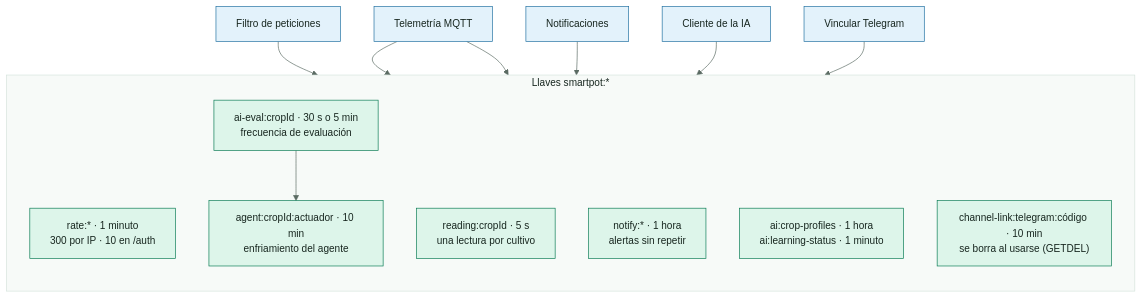
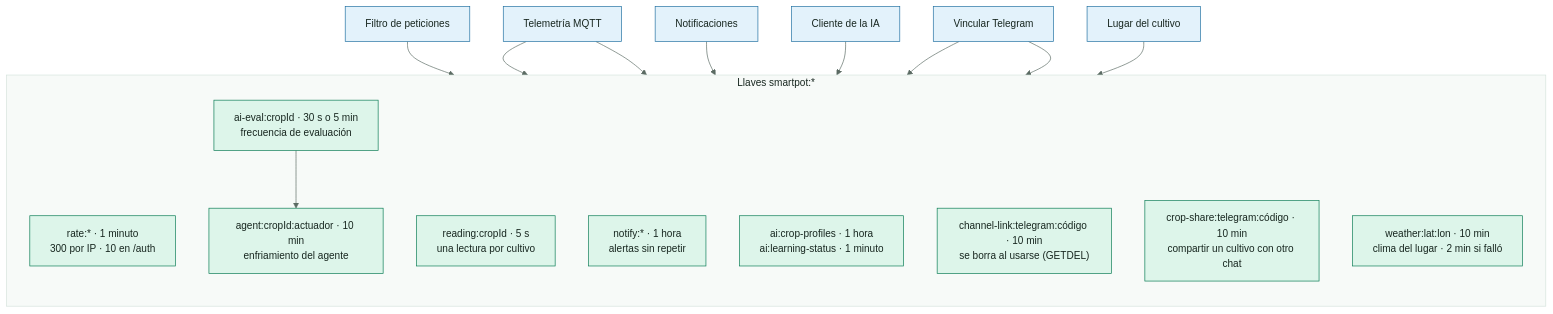
The diagram in docs/diagrams/SmartPot_Cache_01_Keys.mmd (SmartPotTech/SmartPot-Cache), drawn with Mermaid before and after one commit.

Commit message:
Add the weather and crop sharing keys to the keys diagram
Two new key families with their lifetimes.

```diff
--- a/docs/diagrams/SmartPot_Cache_01_Keys.mmd
+++ b/docs/diagrams/SmartPot_Cache_01_Keys.mmd
@@ -1,27 +1,31 @@
 %%{init: {"theme": "base", "fontFamily": "Segoe UI, Arial, sans-serif", "themeVariables": {"fontFamily": "Segoe UI, Arial, sans-serif", "fontSize": "15px", "primaryColor": "#DDF5EA", "primaryTextColor": "#17261F", "primaryBorderColor": "#067A52", "secondaryColor": "#E3F2FB", "secondaryTextColor": "#17261F", "secondaryBorderColor": "#1F6FA0", "tertiaryColor": "#F2F7F4", "tertiaryTextColor": "#17261F", "tertiaryBorderColor": "#D5E3DC", "lineColor": "#5B6B63", "textColor": "#17261F", "mainBkg": "#DDF5EA", "nodeBorder": "#067A52", "clusterBkg": "#F7FAF8", "clusterBorder": "#D5E3DC", "edgeLabelBackground": "#FFFFFF", "actorBkg": "#067A52", "actorBorder": "#0B3D2B", "actorTextColor": "#FFFFFF", "actorLineColor": "#5B6B63", "signalColor": "#17261F", "signalTextColor": "#17261F", "labelBoxBkgColor": "#0B3D2B", "labelBoxBorderColor": "#0B3D2B", "labelTextColor": "#FFFFFF", "loopTextColor": "#0B3D2B", "noteBkgColor": "#FDF4DD", "noteBorderColor": "#C98D12", "noteTextColor": "#17261F", "activationBkgColor": "#DDF5EA", "activationBorderColor": "#067A52", "attributeBackgroundColorOdd": "#FFFFFF", "attributeBackgroundColorEven": "#F2F7F4"}}}%%
 flowchart TB
   subgraph llaves["Llaves smartpot:*"]
     direction TB
     rate["rate:* · 1 minuto<br/>300 por IP · 10 en /auth"]
     reading["reading:cropId · 5 s<br/>una lectura por cultivo"]
     aieval["ai-eval:cropId · 30 s o 5 min<br/>frecuencia de evaluación"]
     agent["agent:cropId:actuador · 10 min<br/>enfriamiento del agente"]
     notify["notify:* · 1 hora<br/>alertas sin repetir"]
     profiles["ai:crop-profiles · 1 hora<br/>ai:learning-status · 1 minuto"]
     link["channel-link:telegram:código · 10 min<br/>se borra al usarse (GETDEL)"]
+    share["crop-share:telegram:código · 10 min<br/>compartir un cultivo con otro chat"]
+    weather["weather:lat:lon · 10 min<br/>clima del lugar · 2 min si falló"]
   end
   http["Filtro de peticiones"] --> rate
   mqtt["Telemetría MQTT"] --> reading
   mqtt --> aieval --> agent
   alerts["Notificaciones"] --> notify
   ai["Cliente de la IA"] --> profiles
   tg["Vincular Telegram"] --> link
+  tg --> share
+  crops["Lugar del cultivo"] --> weather
   classDef leaf fill:#DDF5EA,stroke:#067A52,color:#17261F
   classDef water fill:#E3F2FB,stroke:#1F6FA0,color:#17261F
   classDef sun fill:#FDF4DD,stroke:#C98D12,color:#17261F
   classDef clay fill:#FBE9E1,stroke:#B85A38,color:#17261F
   classDef core fill:#067A52,stroke:#0B3D2B,color:#FFFFFF
   classDef deep fill:#0B3D2B,stroke:#06281C,color:#FFFFFF
   classDef muted fill:#F2F7F4,stroke:#5B6B63,color:#17261F
-  class rate,reading,aieval,agent,notify,profiles,link leaf
-  class http,mqtt,alerts,ai,tg water
+  class rate,reading,aieval,agent,notify,profiles,link,share,weather leaf
+  class http,mqtt,alerts,ai,tg,crops water
```
